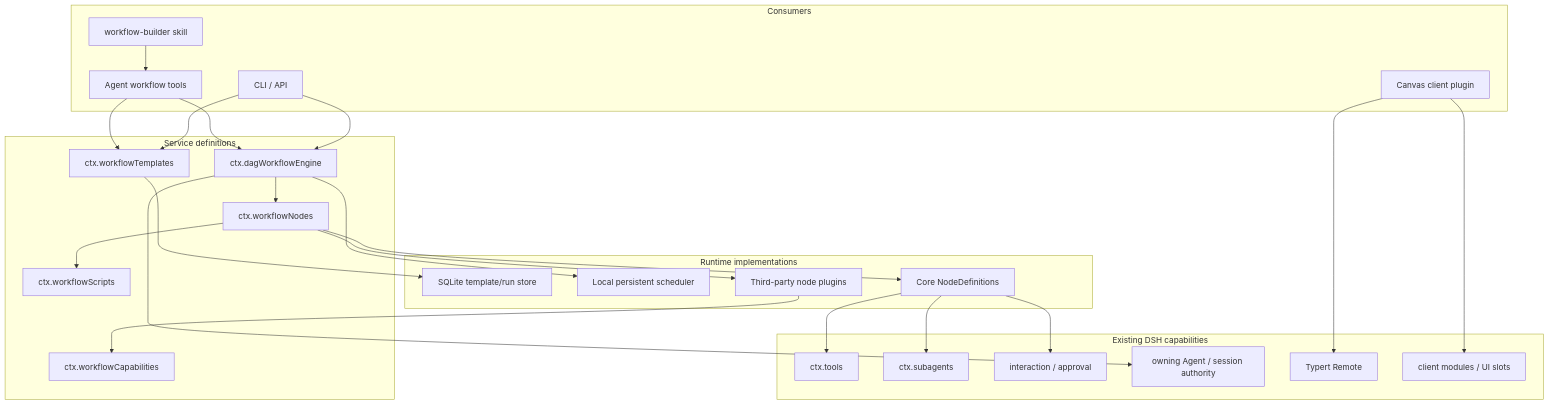
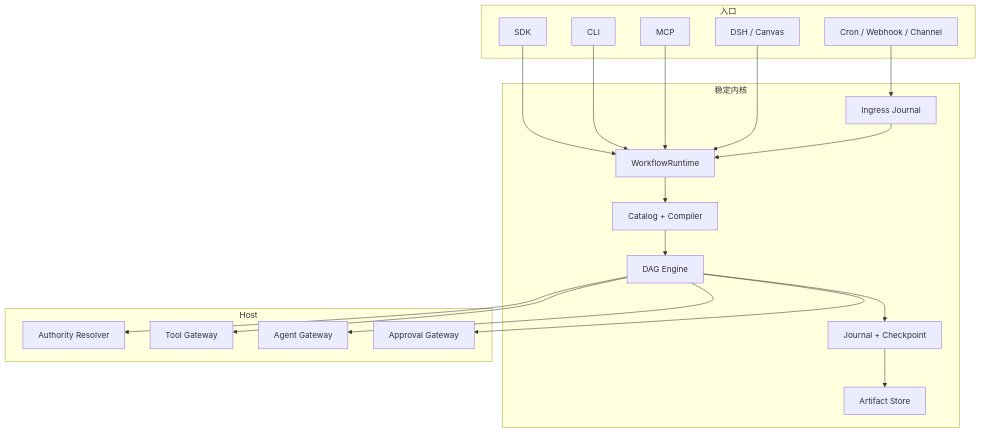
One commit to GM-HZ/agent-dag-workflow changed the diagram in docs/architecture.md. Above: the diagram before and after it, drawn with Mermaid. The commit also changed other lines of this file and 78 other files, not shown here.

Commit message:
feat: complete host-neutral workflow runtime

````diff
--- a/docs/architecture.md
+++ b/docs/architecture.md
@@ -25,52 +9,35 @@
 ```mermaid
 flowchart TB
-  subgraph Consumers["Consumers"]
-    Skill["workflow-builder skill"]
-    Tools["Agent workflow tools"]
-    Canvas["Canvas client plugin"]
-    CLI["CLI / API"]
+  subgraph Entrances["入口"]
+    SDK["SDK"]
+    CLI["CLI"]
+    MCP["MCP"]
+    DSH["DSH / Canvas"]
+    Trigger["Cron / Webhook / Channel"]
   end
-
-  subgraph Definitions["Service definitions"]
-    Catalog["ctx.workflowTemplates"]
-    Nodes["ctx.workflowNodes"]
-    Caps["ctx.workflowCapabilities"]
-    Scripts["ctx.workflowScripts"]
-    Engine["ctx.dagWorkflowEngine"]
+  subgraph Stable["稳定内核"]
+    Runtime["WorkflowRuntime"]
+    Catalog["Catalog + Compiler"]
+    Engine["DAG Engine"]
+    Journal["Journal + Checkpoint"]
+    Artifact["Artifact Store"]
+    Ingress["Ingress Journal"]
   end
-
-  subgraph Runtime["Runtime implementations"]
-    Store["SQLite template/run store"]
-    Scheduler["Local persistent scheduler"]
-    CoreNodes["Core NodeDefinitions"]
-    PluginNodes["Third-party node plugins"]
+  subgraph Host["Host"]
+    Authority["Authority Resolver"]
+    Tools["Tool Gateway"]
+    Agents["Agent Gateway"]
+    Approval["Approval Gateway"]
   end
-
-  subgraph DSH["Existing DSH capabilities"]
-    DshTools["ctx.tools"]
-    Subagents["ctx.subagents"]
-    Approval["interaction / approval"]
-    Sessions["owning Agent / session authority"]
-    Remote["Typert Remote"]
-    Slots["client modules / UI slots"]
-  end
-
-  Skill --> Tools
-  Tools --> Catalog
-  Tools --> Engine
-  Canvas --> Remote
-  CLI --> Catalog
-  CLI --> Engine
-  Catalog --> Store
-  Engine --> Scheduler
-  Engine --> Nodes
-  Nodes --> Scripts
-  Nodes --> CoreNodes
-  Nodes --> PluginNodes
-  PluginNodes --> Caps
-  CoreNodes --> DshTools
-  CoreNodes --> Subagents
-  CoreNodes --> Approval
-  Engine --> Sessions
-  Canvas --> Slots
+  SDK --> Runtime
+  CLI --> Runtime
+  MCP --> Runtime
+  DSH --> Runtime
+  Trigger --> Ingress --> Runtime
+  Runtime --> Catalog --> Engine
+  Engine --> Journal --> Artifact
+  Engine --> Authority
+  Engine --> Tools
+  Engine --> Agents
+  Engine --> Approval
 ```
````
